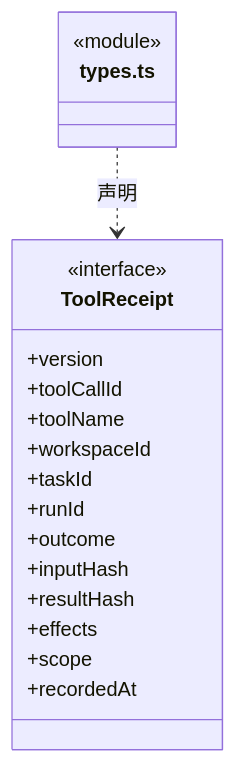
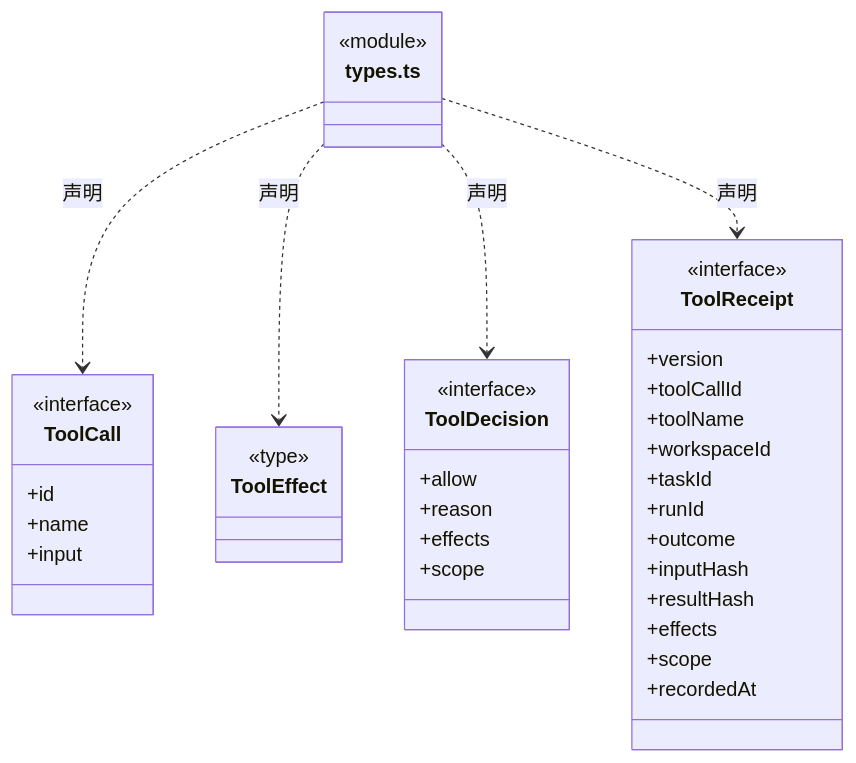
The ninth of 12 diagrams in src/backend/core/tools/ARCHITECTURE.md (nan023062/cbim), drawn with Mermaid before and after one commit. The commit also changed other lines of this file and 62 other files, not shown here.

````diff
--- a/src/backend/core/tools/ARCHITECTURE.md
+++ b/src/backend/core/tools/ARCHITECTURE.md
@@ -205,22 +194,42 @@
 ```mermaid
 classDiagram
 class N_src_backend_core_tools_types_ts["types.ts"] {
   <<module>>
 }
+class N_src_backend_core_tools_types_ts_ToolCall["ToolCall"] {
+  <<interface>>
+  +id
+  +name
+  +input
+}
+N_src_backend_core_tools_types_ts ..> N_src_backend_core_tools_types_ts_ToolCall : 声明
+class N_src_backend_core_tools_types_ts_ToolEffect["ToolEffect"] {
+  <<type>>
+
+}
+N_src_backend_core_tools_types_ts ..> N_src_backend_core_tools_types_ts_ToolEffect : 声明
+class N_src_backend_core_tools_types_ts_ToolDecision["ToolDecision"] {
+  <<interface>>
+  +allow
+  +reason
+  +effects
+  +scope
+}
+N_src_backend_core_tools_types_ts ..> N_src_backend_core_tools_types_ts_ToolDecision : 声明
 class N_src_backend_core_tools_types_ts_ToolReceipt["ToolReceipt"] {
   <<interface>>
   +version
   +toolCallId
   +toolName
   +workspaceId
   +taskId
   +runId
   +outcome
   +inputHash
   +resultHash
   +effects
   +scope
   +recordedAt
 }
 N_src_backend_core_tools_types_ts ..> N_src_backend_core_tools_types_ts_ToolReceipt : 声明
 ```
````
